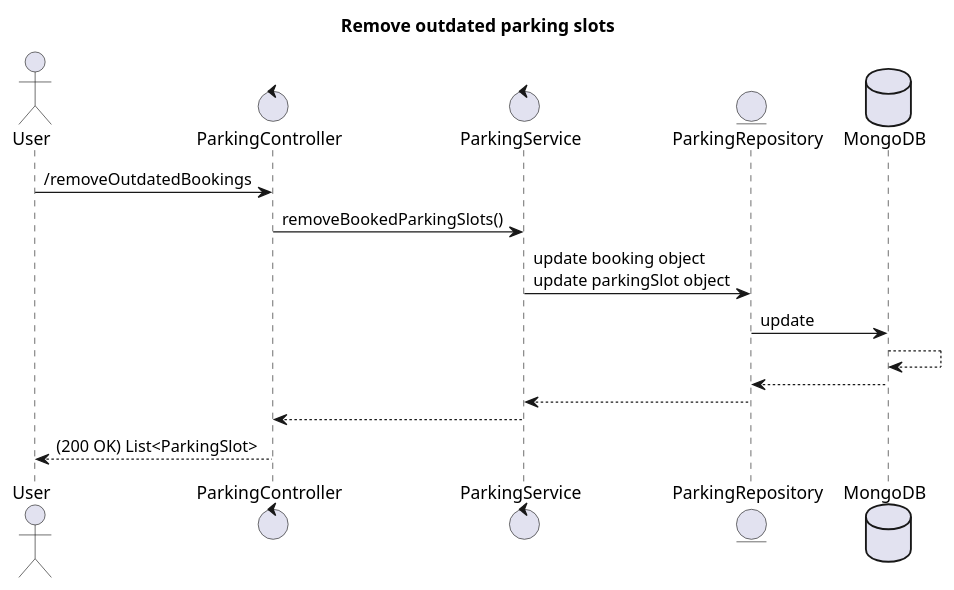
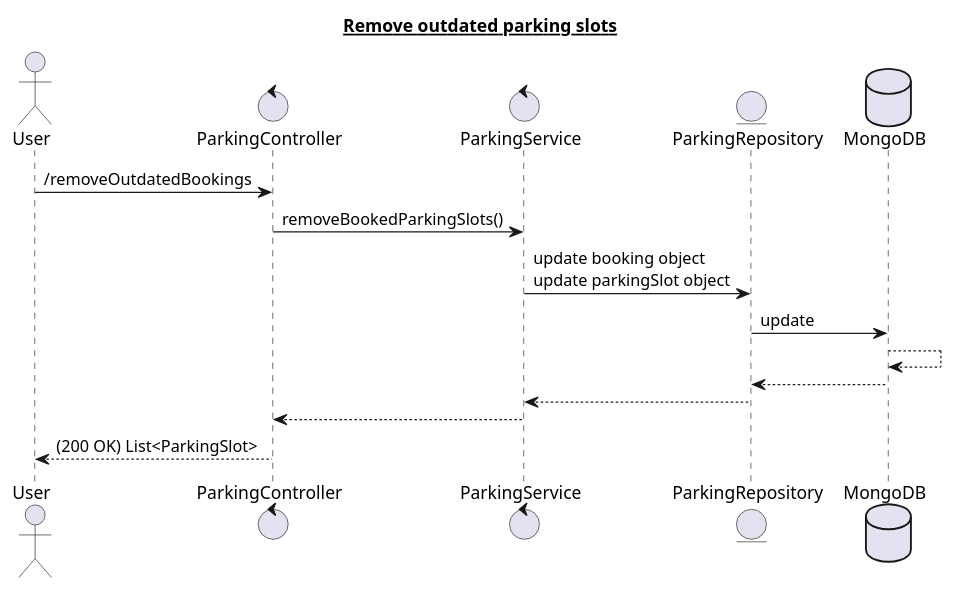
The diagram in flows/parking/removeBookedParkingSlots.puml (Akash-k-hub/ParkingLot), drawn with PlantUML before and after one commit. The commit also changed 19 other files, not shown here.

```diff
--- a/flows/parking/removeBookedParkingSlots.puml
+++ b/flows/parking/removeBookedParkingSlots.puml
@@ -1,20 +1,20 @@
 @startuml
-title "Remove outdated parking slots"
+title <U> Remove outdated parking slots
 
 actor User
 control "ParkingController" as Controller
 control "ParkingService" as Service
 entity ParkingRepository as Dao
 database MongoDB as DB
 
 User -> Controller : /removeOutdatedBookings
 Controller -> Service : removeBookedParkingSlots()
 Service -> Dao : update booking object \nupdate parkingSlot object
 Dao -> DB : update
 DB --> DB
 DB --> Dao
 Dao --> Service
 Service --> Controller
 Controller --> User : (200 OK) List<ParkingSlot>
 
 @enduml
```
